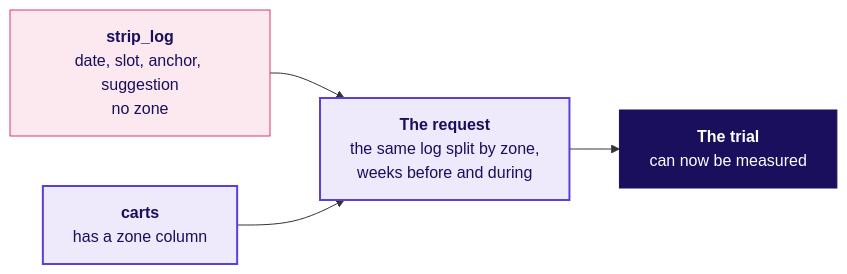
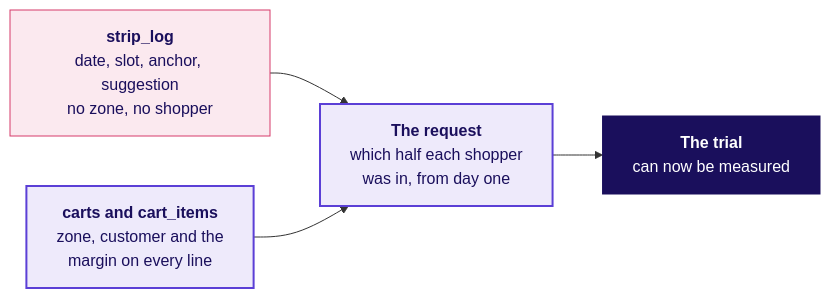
The first of 3 diagrams in content/W04/D3/slides/C2_W04_D03_fallback_STUDENT.md (fde-academy-lab/c2-content-factory), drawn with Mermaid before and after one commit. The commit also changed other lines of this file and 10 other files, not shown here.

````diff
--- a/content/W04/D3/slides/C2_W04_D03_fallback_STUDENT.md
+++ b/content/W04/D3/slides/C2_W04_D03_fallback_STUDENT.md
@@ -60,12 +60,12 @@
 ```mermaid
 flowchart LR
-    L["<b>strip_log</b><br/>date, slot, anchor, suggestion<br/>no zone"] --> R["<b>The request</b><br/>the same log split by zone,<br/>weeks before and during"]
-    C["<b>carts</b><br/>has a zone column"] --> R
+    L["<b>strip_log</b><br/>date, slot, anchor, suggestion<br/>no zone, no shopper"] --> R["<b>The request</b><br/>which half each shopper<br/>was in, from day one"]
+    C["<b>carts and cart_items</b><br/>zone, customer and the<br/>margin on every line"] --> R
     R --> T["<b>The trial</b><br/>can now be measured"]
     classDef known fill:#EEEAFB,stroke:#5B3FD6,color:#1A0F5C,stroke-width:2px
     classDef bad fill:#FBE9EF,stroke:#D63A6A,color:#1A0F5C
     classDef lit fill:#1A0F5C,stroke:#1A0F5C,color:#FFFFFF
     class L bad
     class C,R known
     class T lit
 ```
````
